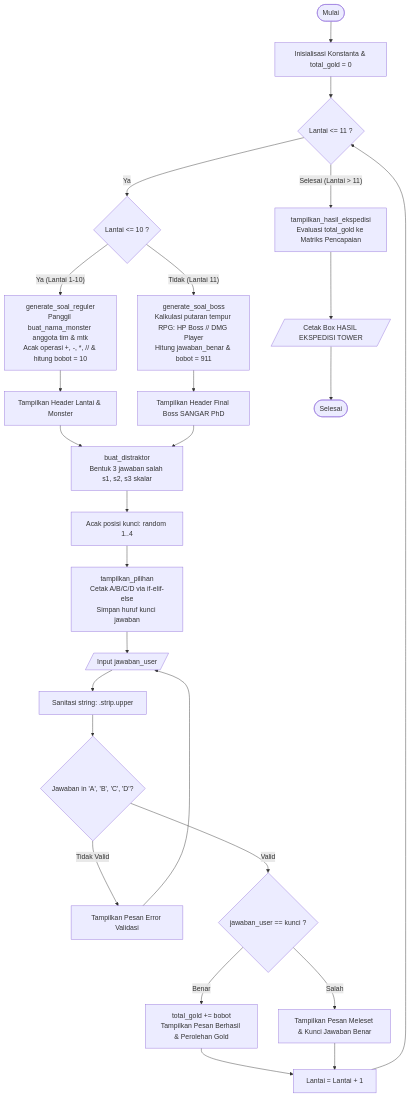
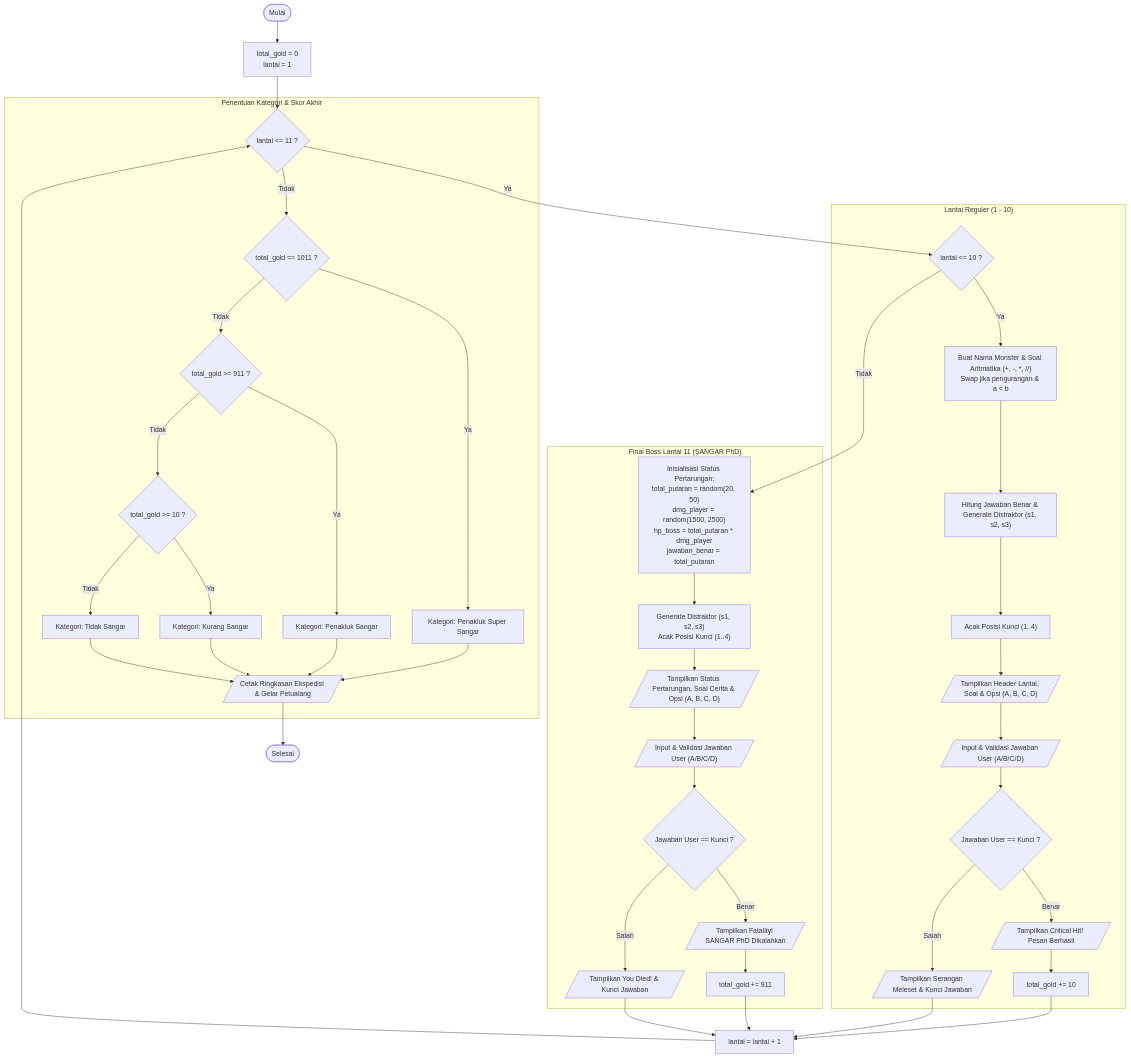
Before and after one commit to LLemong-22/UTS_PAP: the diagram in UTS-PAP-KELOMPOK-9/flowchart/flowchart_game.md, drawn with Mermaid. The commit also changed other lines of this file and 6 other files, not shown here.

````diff
--- a/UTS-PAP-KELOMPOK-9/flowchart/flowchart_game.md
+++ b/UTS-PAP-KELOMPOK-9/flowchart/flowchart_game.md
@@ -10,41 +10,57 @@
 ```mermaid
 flowchart TD
-    Start([Mulai]) --> Init[Inisialisasi Konstanta & total_gold = 0]
-    Init --> LoopStart{Lantai <= 11 ?}
+    Start([Mulai]) --> Init["total_gold = 0<br/>lantai = 1"]
+    Init --> LoopLantai{"lantai <= 11 ?"}
 
-    %% Cabang Kondisi Lantai
-    LoopStart -- Ya --> CekLantai{Lantai <= 10 ?}
-    
-    CekLantai -- Ya (Lantai 1-10) --> GenReguler[generate_soal_reguler<br/>Panggil buat_nama_monster anggota tim & mtk<br/>Acak operasi +, -, *, // & hitung bobot = 10]
-    CekLantai -- Tidak (Lantai 11) --> GenBoss[generate_soal_boss<br/>Kalkulasi putaran tempur RPG: HP Boss // DMG Player<br/>Hitung jawaban_benar & bobot = 911]
+    %% Cabang Lantai Reguler vs Boss
+    LoopLantai -- Ya --> CekLantai{"lantai <= 10 ?"}
 
-    GenReguler --> DisplayHeader[Tampilkan Header Lantai & Monster]
-    GenBoss --> DisplayHeaderBoss[Tampilkan Header Final Boss SANGAR PhD]
+    %% Sub-alur Lantai Reguler (1-10)
+    subgraph LantaiReguler["Lantai Reguler (1 - 10)"]
+        CekLantai -- Ya --> GenReguler["Buat Nama Monster & Soal Aritmatika (+, -, *, //)<br/>Swap jika pengurangan & a < b"]
+        GenReguler --> HitungReguler["Hitung Jawaban Benar & Generate Distraktor (s1, s2, s3)"]
+        HitungReguler --> AcakReguler["Acak Posisi Kunci (1..4)"]
+        AcakReguler --> TampilReguler[/"Tampilkan Header Lantai, Soal & Opsi (A, B, C, D)"/]
+        TampilReguler --> InputReguler[/"Input & Validasi Jawaban User (A/B/C/D)"/]
+        InputReguler --> CekJawabanReguler{"Jawaban User == Kunci ?"}
+        CekJawabanReguler -- Benar --> WinReguler[/"Tampilkan Critical Hit! Pesan Berhasil"/]
+        WinReguler --> AddGoldReguler["total_gold += 10"]
+        CekJawabanReguler -- Salah --> LoseReguler[/"Tampilkan Serangan Meleset & Kunci Jawaban"/]
+    end
 
-    DisplayHeader --> Distraktor[buat_distraktor<br/>Bentuk 3 jawaban salah s1, s2, s3 skalar]
-    DisplayHeaderBoss --> Distraktor
+    %% Sub-alur Final Boss (Lantai 11)
+    subgraph FinalBoss["Final Boss Lantai 11 (SANGAR PhD)"]
+        CekLantai -- Tidak --> InitBoss["Inisialisasi Status Pertarungan:<br/>total_putaran = random(20, 50)<br/>dmg_player = random(1500, 2500)<br/>hp_boss = total_putaran * dmg_player<br/>jawaban_benar = total_putaran"]
+        InitBoss --> SetKunciBoss["Generate Distraktor (s1, s2, s3)<br/>Acak Posisi Kunci (1..4)"]
+        SetKunciBoss --> TampilBoss[/"Tampilkan Status Pertarungan, Soal Cerita & Opsi (A, B, C, D)"/]
+        TampilBoss --> InputBoss[/"Input & Validasi Jawaban User (A/B/C/D)"/]
+        InputBoss --> CekJawabanBoss{"Jawaban User == Kunci ?"}
+        CekJawabanBoss -- Benar --> WinBoss[/"Tampilkan Fatality! SANGAR PhD Dikalahkan"/]
+        WinBoss --> AddGoldBoss["total_gold += 911"]
+        CekJawabanBoss -- Salah --> LoseBoss[/"Tampilkan You Died! & Kunci Jawaban"/]
+    end
 
-    Distraktor --> AcakPosisi[Acak posisi kunci: random 1..4]
-    AcakPosisi --> CetakOpsi[tampilkan_pilihan<br/>Cetak A/B/C/D via if-elif-else<br/>Simpan huruf kunci jawaban]
-
-    %% Validasi Input Pengguna
-    CetakOpsi --> InputUser[/Input jawaban_user/]
-    InputUser --> Sanitasi[Sanitasi string: .strip.upper]
-    Sanitasi --> Validasi{Jawaban in 'A', 'B', 'C', 'D'?}
-    Validasi -- Tidak Valid --> PesanError[Tampilkan Pesan Error Validasi]
-    PesanError --> InputUser
-    
-    %% Evaluasi Jawaban
-    Validasi -- Valid --> CekJawaban{jawaban_user == kunci ?}
-    CekJawaban -- Benar --> TambahGold[total_gold += bobot<br/>Tampilkan Pesan Berhasil & Perolehan Gold]
-    CekJawaban -- Salah --> PesanSalah[Tampilkan Pesan Meleset & Kunci Jawaban Benar]
-
-    TambahGold --> NextFloor[Lantai = Lantai + 1]
-    PesanSalah --> NextFloor
-    NextFloor --> LoopStart
+    %% Next Lantai
+    AddGoldReguler --> NextFloor["lantai = lantai + 1"]
+    LoseReguler --> NextFloor
+    AddGoldBoss --> NextFloor
+    LoseBoss --> NextFloor
+    NextFloor --> LoopLantai
 
     %% Rekapitulasi Akhir
-    LoopStart -- Selesai (Lantai > 11) --> TampilRekap[tampilkan_hasil_ekspedisi<br/>Evaluasi total_gold ke Matriks Pencapaian]
-    TampilRekap --> CetakSkor[/Cetak Box HASIL EKSPEDISI TOWER/]
-    CetakSkor --> End([Selesai])
+    subgraph RekapitulasiSkor["Penentuan Kategori & Skor Akhir"]
+        LoopLantai -- Tidak --> Cek1011{"total_gold == 1011 ?"}
+        Cek1011 -- Ya --> Kat1["Kategori: Penakluk Super Sangar"]
+        Cek1011 -- Tidak --> Cek911{"total_gold >= 911 ?"}
+        Cek911 -- Ya --> Kat2["Kategori: Penakluk Sangar"]
+        Cek911 -- Tidak --> Cek10{"total_gold >= 10 ?"}
+        Cek10 -- Ya --> Kat3["Kategori: Kurang Sangar"]
+        Cek10 -- Tidak --> Kat4["Kategori: Tidak Sangar"]
+        Kat1 --> TampilRekap[/"Cetak Ringkasan Ekspedisi & Gelar Petualang"/]
+        Kat2 --> TampilRekap
+        Kat3 --> TampilRekap
+        Kat4 --> TampilRekap
+    end
+
+    TampilRekap --> End([Selesai])
 ```
````
